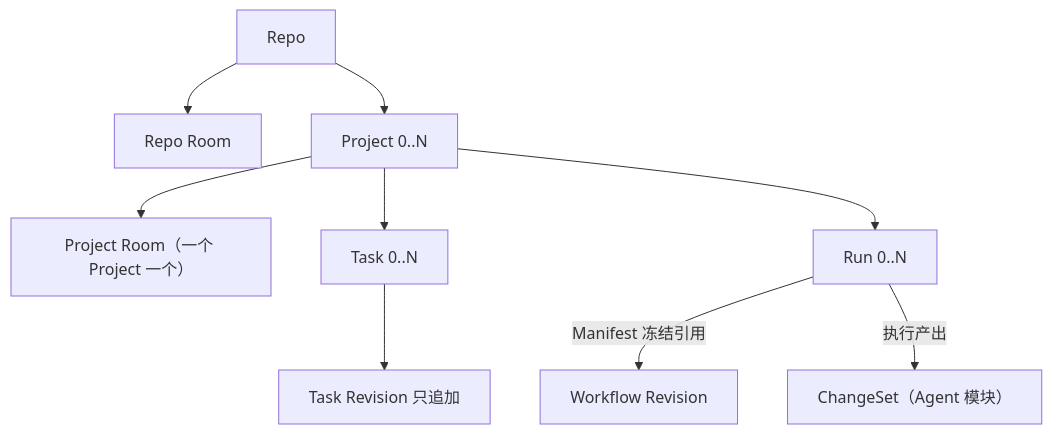
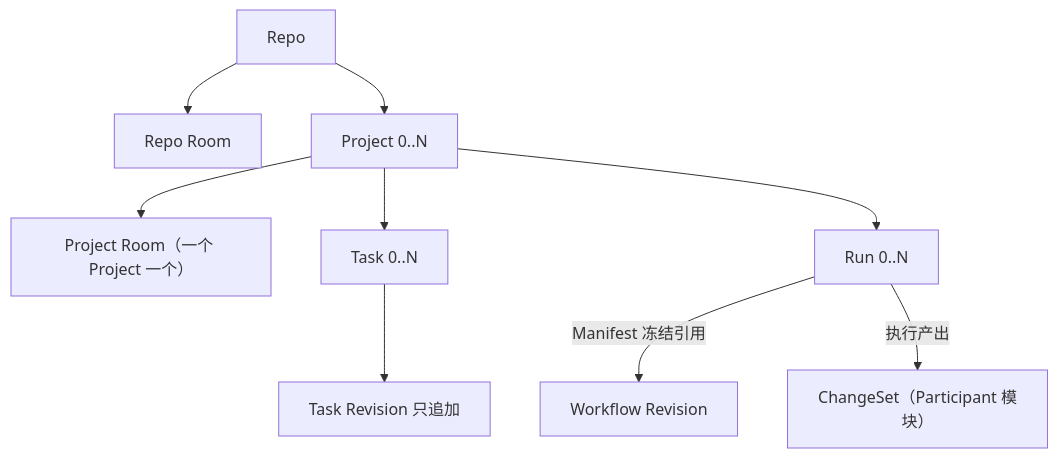
One commit to yesme/hctl2 changed the diagram in docs/design/README.md. Above: the diagram before and after it, drawn with Mermaid. The commit also changed other lines of this file and 24 other files, not shown here.

````diff
--- a/docs/design/README.md
+++ b/docs/design/README.md
@@ -21,11 +21,11 @@
 ```mermaid
 flowchart TD
     R["Repo"] --> RR["Repo Room"]
     R --> P["Project 0..N"]
     P --> PR["Project Room（一个 Project 一个）"]
     P --> T["Task 0..N"]
     P --> RN["Run 0..N"]
     T --> TR["Task Revision 只追加"]
     RN -->|Manifest 冻结引用| W["Workflow Revision"]
-    RN -->|执行产出| CS["ChangeSet（Agent 模块）"]
+    RN -->|执行产出| CS["ChangeSet（Participant 模块）"]
 ```
````
